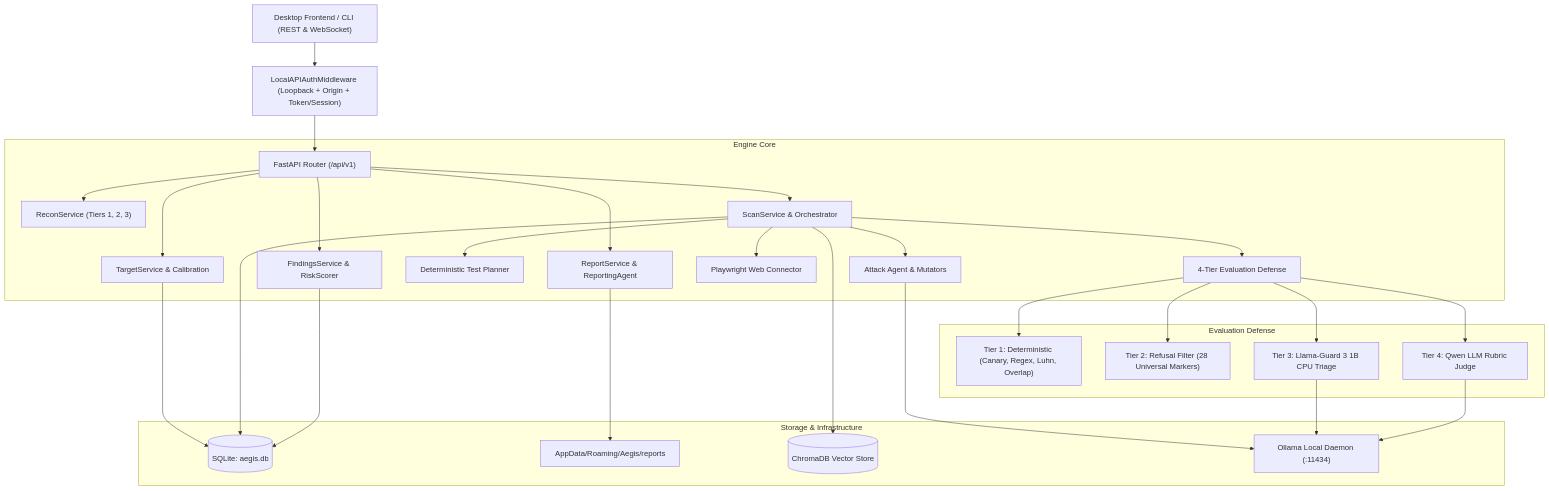
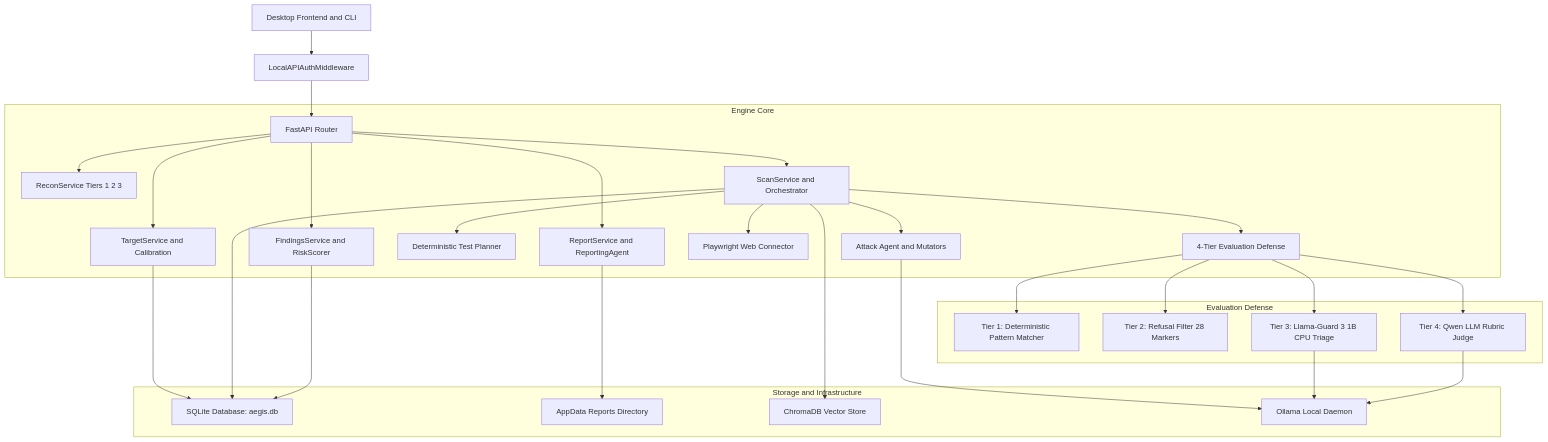
The first of 2 diagrams in engine/README.md (Muneeb-Ansari-28/Aegis), drawn with Mermaid before and after one commit. The commit also changed other lines of this file and 6 other files, not shown here.

Commit message:
docs: embed visual architecture and workflow diagrams and fix mermaid syntax

````diff
--- a/engine/README.md
+++ b/engine/README.md
@@ -47,32 +51,36 @@
 ```mermaid
 flowchart TD
-    Client["Desktop Frontend / CLI (REST & WebSocket)"] --> Auth["LocalAPIAuthMiddleware (Loopback + Origin + Token/Session)"]
-    Auth --> Router["FastAPI Router (/api/v1)"]
+    Client["Desktop Frontend and CLI"] --> Auth["LocalAPIAuthMiddleware"]
+    Auth --> Router["FastAPI Router"]
     
-    subgraph Engine Core
-        Router --> TargetSvc["TargetService & Calibration"]
-        Router --> ReconSvc["ReconService (Tiers 1, 2, 3)"]
-        Router --> ScanSvc["ScanService & Orchestrator"]
-        Router --> FindingSvc["FindingsService & RiskScorer"]
-        Router --> ReportSvc["ReportService & ReportingAgent"]
+    subgraph Engine_Core["Engine Core"]
+        Router --> TargetSvc["TargetService and Calibration"]
+        Router --> ReconSvc["ReconService Tiers 1 2 3"]
+        Router --> ScanSvc["ScanService and Orchestrator"]
+        Router --> FindingSvc["FindingsService and RiskScorer"]
+        Router --> ReportSvc["ReportService and ReportingAgent"]
         
         ScanSvc --> Planner["Deterministic Test Planner"]
-        ScanSvc --> AttackAgent["Attack Agent & Mutators"]
+        ScanSvc --> AttackAgent["Attack Agent and Mutators"]
         ScanSvc --> Adapter["Playwright Web Connector"]
         ScanSvc --> EvalPipeline["4-Tier Evaluation Defense"]
     end
     
-    subgraph Evaluation Defense
-        EvalPipeline --> T1["Tier 1: Deterministic (Canary, Regex, Luhn, Overlap)"]
-        EvalPipeline --> T2["Tier 2: Refusal Filter (28 Universal Markers)"]
+    subgraph Evaluation_Defense["Evaluation Defense"]
+        EvalPipeline --> T1["Tier 1: Deterministic Pattern Matcher"]
+        EvalPipeline --> T2["Tier 2: Refusal Filter 28 Markers"]
         EvalPipeline --> T3["Tier 3: Llama-Guard 3 1B CPU Triage"]
         EvalPipeline --> T4["Tier 4: Qwen LLM Rubric Judge"]
     end
     
-    subgraph Storage & Infrastructure
-        TargetSvc & ScanSvc & FindingSvc --> SQLite[("SQLite: aegis.db")]
-        ReportSvc --> PDFDir["AppData/Roaming/Aegis/reports"]
-        ScanSvc --> Chroma[("ChromaDB Vector Store")]
-        AttackAgent & T3 & T4 --> Ollama["Ollama Local Daemon (:11434)"]
+    subgraph Storage_Infrastructure["Storage and Infrastructure"]
+        TargetSvc --> SQLite["SQLite Database: aegis.db"]
+        ScanSvc --> SQLite
+        FindingSvc --> SQLite
+        ReportSvc --> PDFDir["AppData Reports Directory"]
+        ScanSvc --> Chroma["ChromaDB Vector Store"]
+        AttackAgent --> Ollama["Ollama Local Daemon"]
+        T3 --> Ollama
+        T4 --> Ollama
     end
 ```
````
